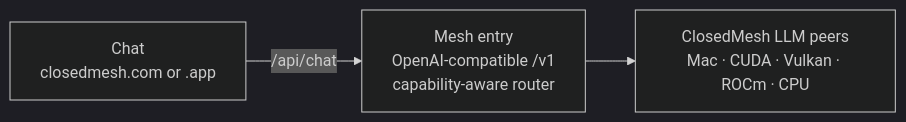
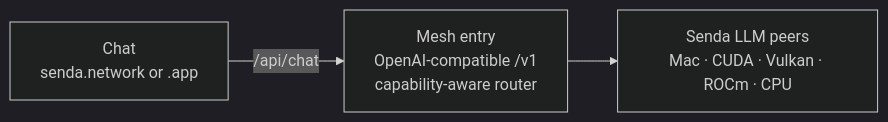
One commit to senda-network/senda changed the diagram in README.md. Above: the diagram before and after it, drawn with Mermaid (dark theme). The commit also changed other lines of this file and 133 other files, not shown here.

First line of the commit message:
rebrand: rename ClosedMesh -> Senda across site + desktop app

````diff
--- a/README.md
+++ b/README.md
@@ -60,8 +60,8 @@
 ```mermaid
 flowchart LR
-    Chat["Chat<br/>closedmesh.com or .app"]
+    Chat["Chat<br/>senda.network or .app"]
     Entry["Mesh entry<br/>OpenAI-compatible /v1<br/>capability-aware router"]
-    Peers["ClosedMesh LLM peers<br/>Mac · CUDA · Vulkan · ROCm · CPU"]
+    Peers["Senda LLM peers<br/>Mac · CUDA · Vulkan · ROCm · CPU"]
 
     Chat -->|/api/chat| Entry --> Peers
 ```
````
